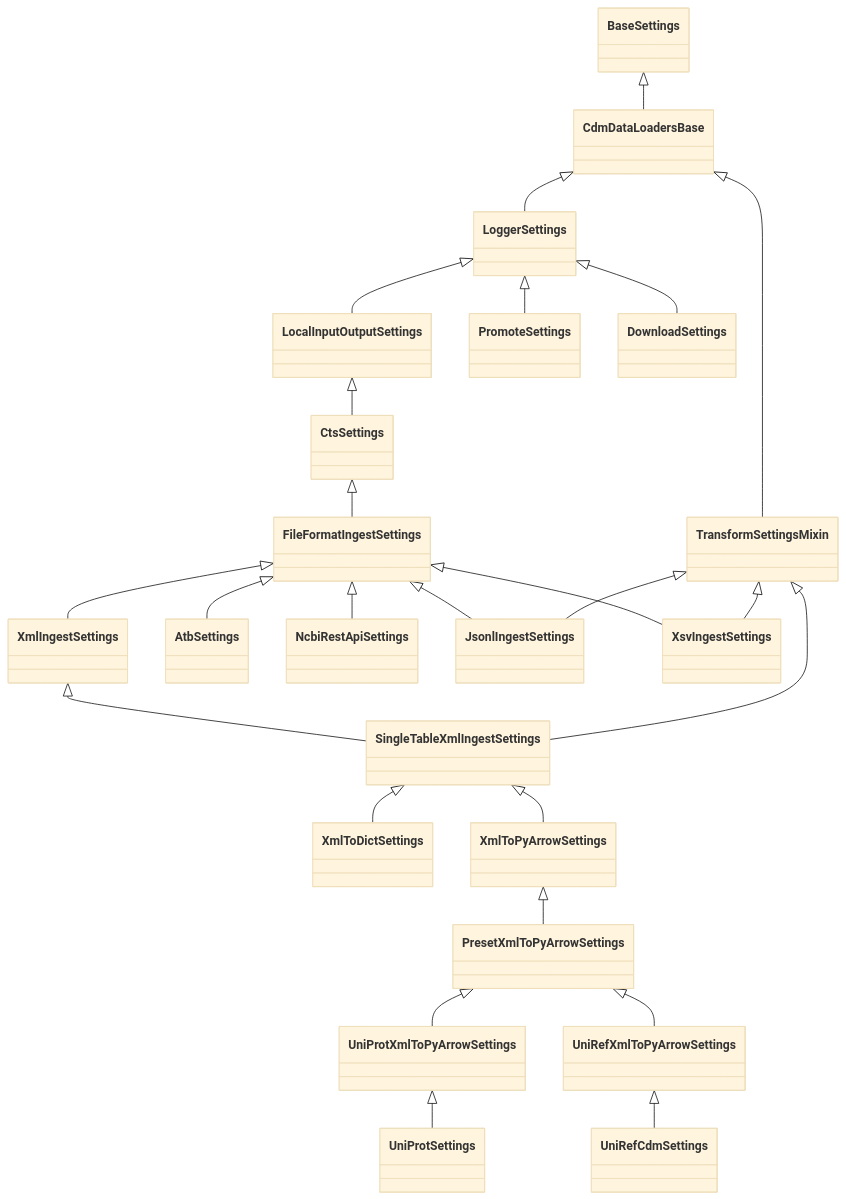
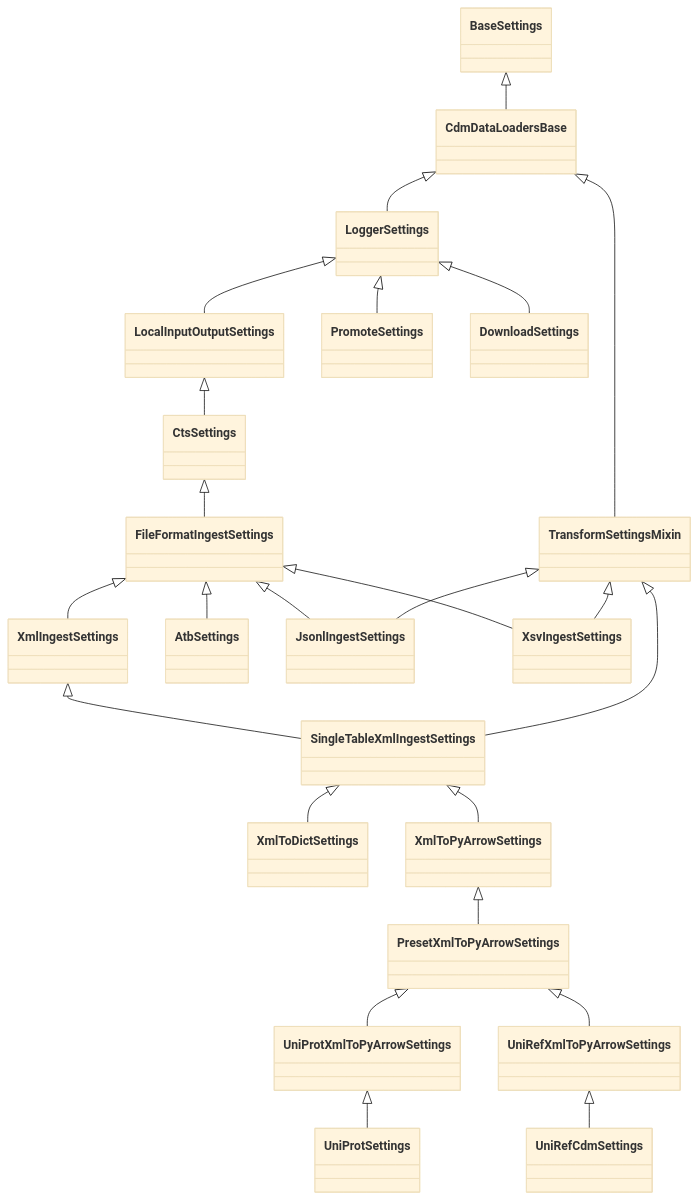
Before and after one commit to kbase/cdm-data-loaders: the first of 2 diagrams in docs/core_cts_execution.md, drawn with Mermaid (base theme). The commit also changed 25 other files, not shown here.

Commit message:
remove pesky ncbi_rest_api and fix ingested file list

````diff
--- a/docs/core_cts_execution.md
+++ b/docs/core_cts_execution.md
@@ -98,28 +98,27 @@
 ```mermaid
 classDiagram
     BaseSettings <|-- CdmDataLoadersBase
     CdmDataLoadersBase <|-- LoggerSettings
     CdmDataLoadersBase <|-- TransformSettingsMixin
     LoggerSettings <|-- LocalInputOutputSettings
     LocalInputOutputSettings <|-- CtsSettings
     CtsSettings <|-- FileFormatIngestSettings
     FileFormatIngestSettings <|-- XmlIngestSettings
     XmlIngestSettings <|-- SingleTableXmlIngestSettings
     TransformSettingsMixin <|-- SingleTableXmlIngestSettings
 
     LoggerSettings <|-- PromoteSettings
     LoggerSettings <|-- DownloadSettings
     FileFormatIngestSettings <|-- AtbSettings
-    FileFormatIngestSettings <|-- NcbiRestApiSettings
     FileFormatIngestSettings <|-- JsonlIngestSettings
     FileFormatIngestSettings <|-- XsvIngestSettings
     TransformSettingsMixin <|-- JsonlIngestSettings
     TransformSettingsMixin <|-- XsvIngestSettings
     SingleTableXmlIngestSettings <|-- XmlToDictSettings
     SingleTableXmlIngestSettings <|-- XmlToPyArrowSettings
     XmlToPyArrowSettings <|-- PresetXmlToPyArrowSettings
     PresetXmlToPyArrowSettings <|-- UniProtXmlToPyArrowSettings
     PresetXmlToPyArrowSettings <|-- UniRefXmlToPyArrowSettings
     UniProtXmlToPyArrowSettings <|-- UniProtSettings
     UniRefXmlToPyArrowSettings <|-- UniRefCdmSettings
 ```
````
